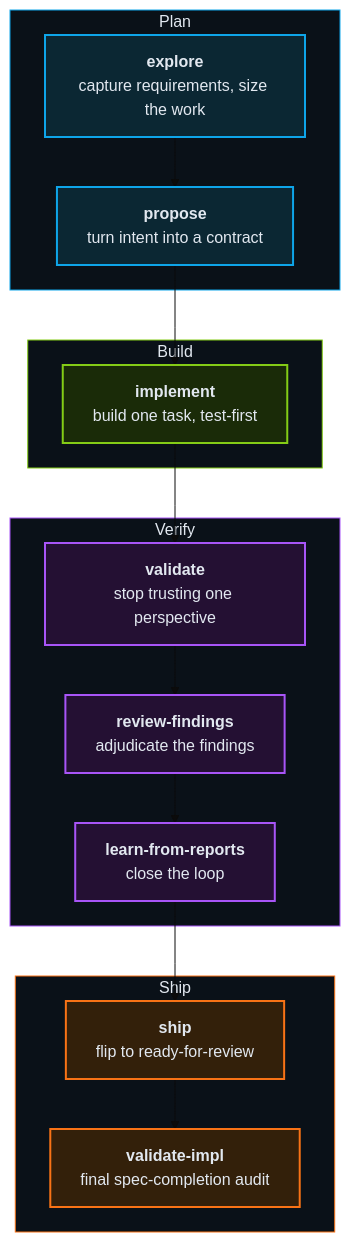
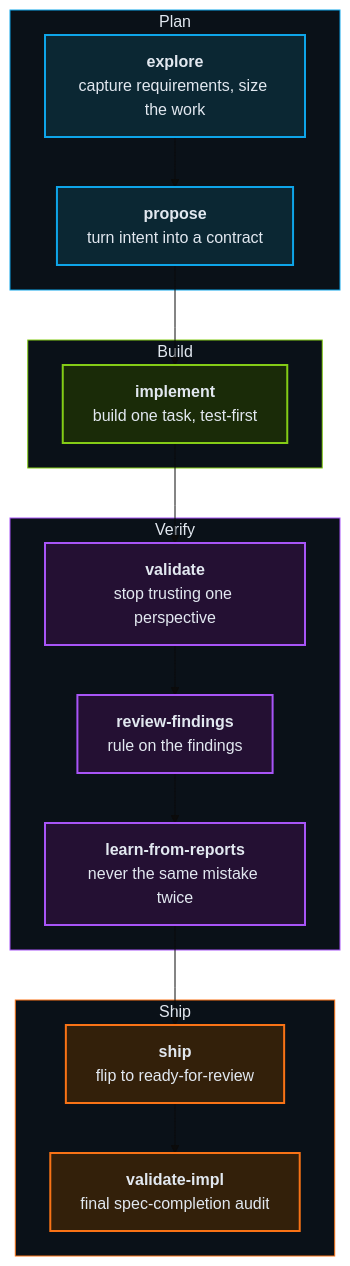
One commit to AlarQ/portfolio changed the first of 4 diagrams in content/posts/my-spec-driven-workflow.mdx. Above: the diagram before and after it, drawn with Mermaid (base theme). The commit also changed other lines of this file and 7 other files, not shown here.

First line of the commit message:
feat(blog): render Mermaid diagrams + Callouts, refine spec-workflow post

````diff
--- a/content/posts/my-spec-driven-workflow.mdx
+++ b/content/posts/my-spec-driven-workflow.mdx
@@ -31,34 +61,34 @@
 ```mermaid
 flowchart TB
   subgraph s_plan["Plan"]
     explore["<b>explore</b><br/>capture requirements, size the work"]
     propose["<b>propose</b><br/>turn intent into a contract"]
   end
   subgraph s_build["Build"]
     implement["<b>implement</b><br/>build one task, test-first"]
   end
   subgraph s_verify["Verify"]
     validate["<b>validate</b><br/>stop trusting one perspective"]
-    review["<b>review-findings</b><br/>adjudicate the findings"]
-    learn["<b>learn-from-reports</b><br/>close the loop"]
+    review["<b>review-findings</b><br/>rule on the findings"]
+    learn["<b>learn-from-reports</b><br/>never the same mistake twice"]
   end
   subgraph s_ship["Ship"]
     ship["<b>ship</b><br/>flip to ready-for-review"]
     audit["<b>validate-impl</b><br/>final spec-completion audit"]
   end
   explore --> propose --> implement --> validate --> review --> learn --> ship --> audit
 
   classDef planNode   fill:#0b2733,stroke:#0ea5e9,stroke-width:2px,color:#e2e8f0;
   classDef buildNode  fill:#1a2b08,stroke:#84cc16,stroke-width:2px,color:#e2e8f0;
   classDef verifyNode fill:#241033,stroke:#a855f7,stroke-width:2px,color:#e2e8f0;
   classDef shipNode   fill:#33200a,stroke:#f97316,stroke-width:2px,color:#e2e8f0;
   class explore,propose planNode;
   class implement buildNode;
   class validate,review,learn verifyNode;
   class ship,audit shipNode;
 
   style s_plan   fill:#0a1118,stroke:#0ea5e9,stroke-width:1px,color:#e2e8f0;
   style s_build  fill:#0a1118,stroke:#84cc16,stroke-width:1px,color:#e2e8f0;
   style s_verify fill:#0a1118,stroke:#a855f7,stroke-width:1px,color:#e2e8f0;
   style s_ship   fill:#0a1118,stroke:#f97316,stroke-width:1px,color:#e2e8f0;
 ```
````
